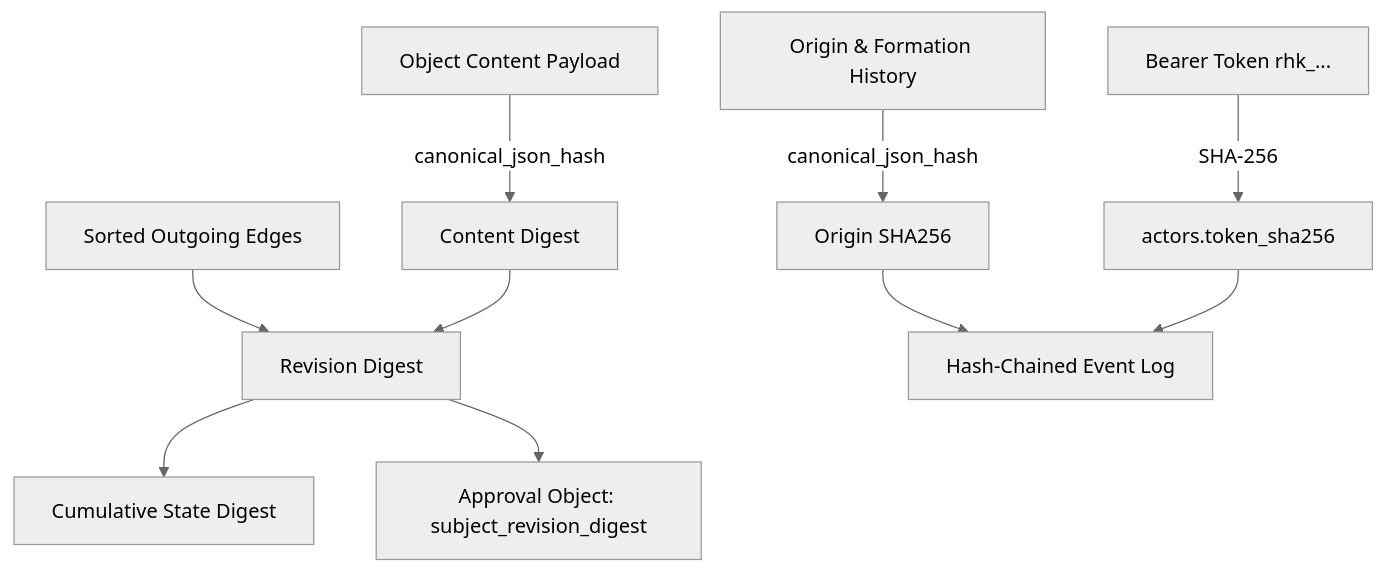
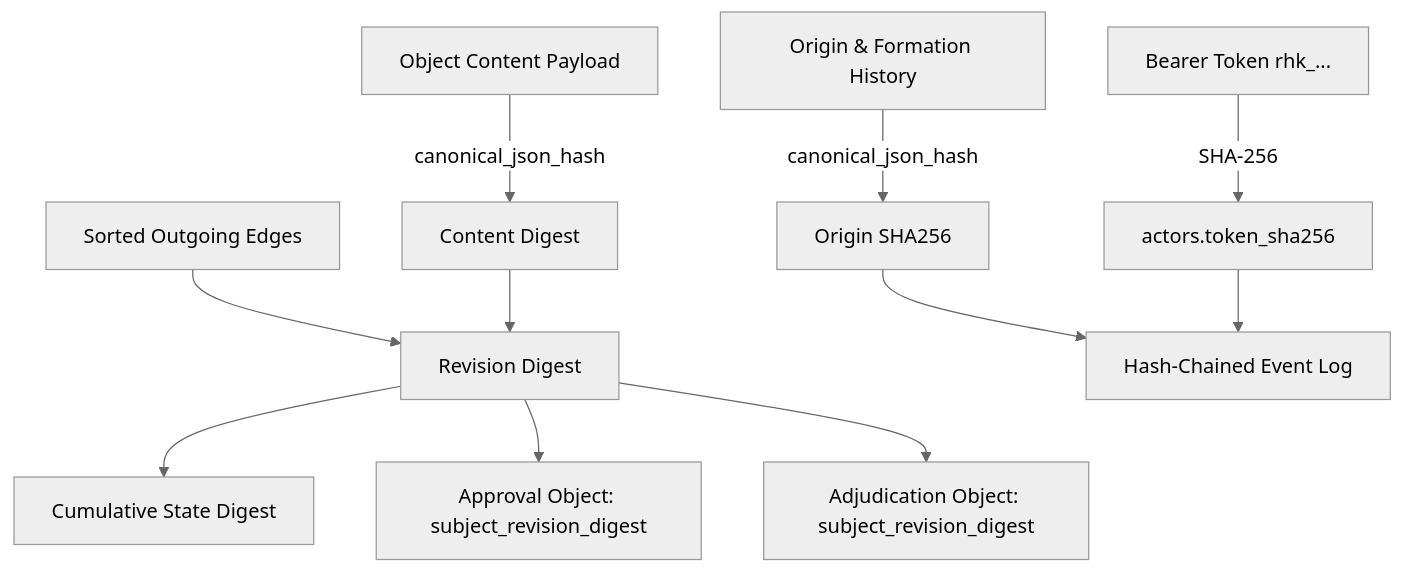
Before and after one commit to quanpt-sfa/research-suite: the diagram in docs/INTEGRITY_AUDIT_SPEC.md, drawn with Mermaid (neutral theme). The commit also changed other lines of this file and 21 other files, not shown here.

````diff
--- a/docs/INTEGRITY_AUDIT_SPEC.md
+++ b/docs/INTEGRITY_AUDIT_SPEC.md
@@ -24,14 +24,15 @@
 ```mermaid
 graph TD
     Content[Object Content Payload] -->|canonical_json_hash| CD[Content Digest]
     Edges[Sorted Outgoing Edges] --> RD[Revision Digest]
     CD --> RD
     Origin[Origin & Formation History] -->|canonical_json_hash| OD[Origin SHA256]
     
     RD --> StateDigest[Cumulative State Digest]
     OD --> EventLog[Hash-Chained Event Log]
     
     RD --> ApprovalBinding[Approval Object: subject_revision_digest]
+    RD --> AdjudicationBinding[Adjudication Object: subject_revision_digest]
     ActorToken[Bearer Token rhk_...] -->|SHA-256| ActorRegistry[actors.token_sha256]
     ActorRegistry --> EventLog
 ```
````
